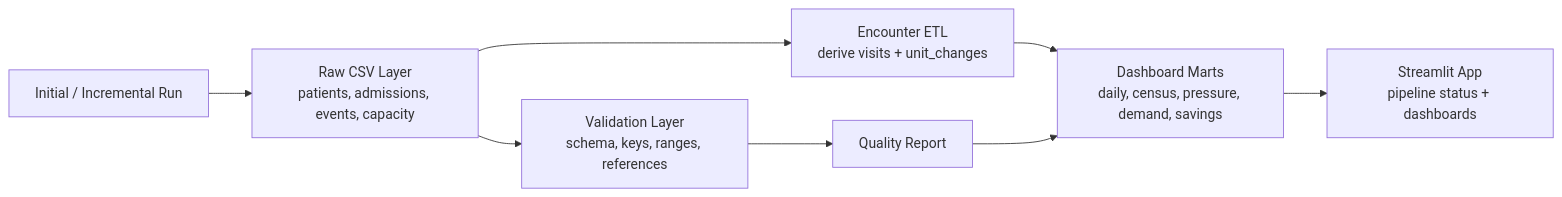
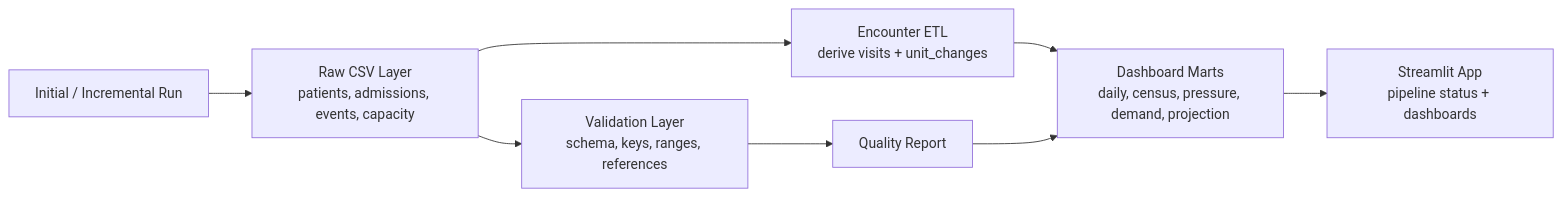
Before and after one commit to UrNA1VE/hospital-capacity-app: the diagram in README.md, drawn with Mermaid. The commit also changed other lines of this file and 26 other files, not shown here.

````diff
--- a/README.md
+++ b/README.md
@@ -139,10 +139,10 @@
 ```mermaid
 flowchart LR
     A["Initial / Incremental Run"] --> B["Raw CSV Layer<br/>patients, admissions, events, capacity"]
     B --> C["Validation Layer<br/>schema, keys, ranges, references"]
     B --> D["Encounter ETL<br/>derive visits + unit_changes"]
     C --> E["Quality Report"]
-    D --> F["Dashboard Marts<br/>daily, census, pressure, demand, savings"]
+    D --> F["Dashboard Marts<br/>daily, census, pressure, demand, projection"]
     E --> F
     F --> G["Streamlit App<br/>pipeline status + dashboards"]
 ```
````
